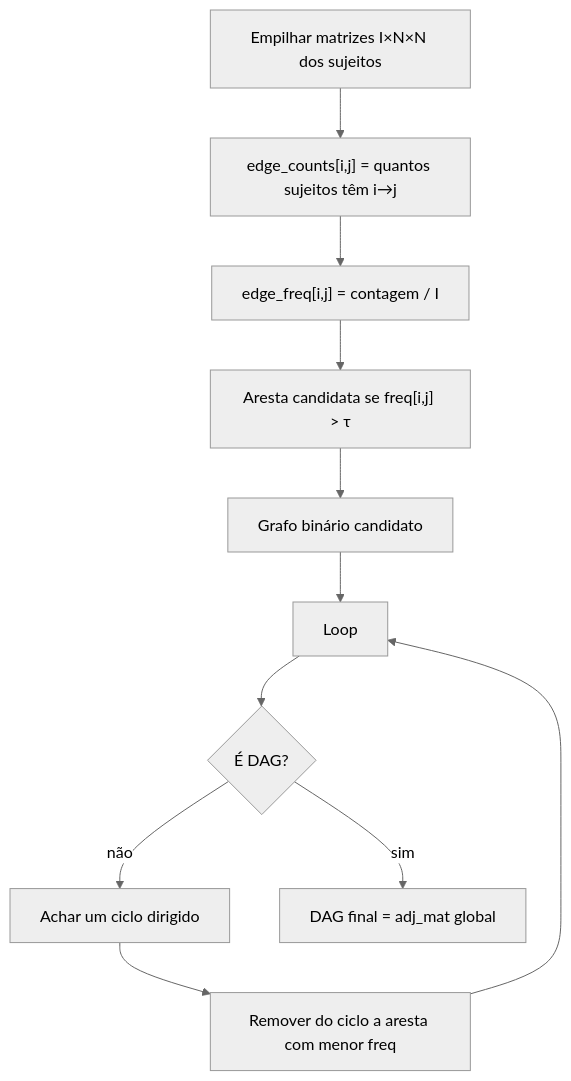
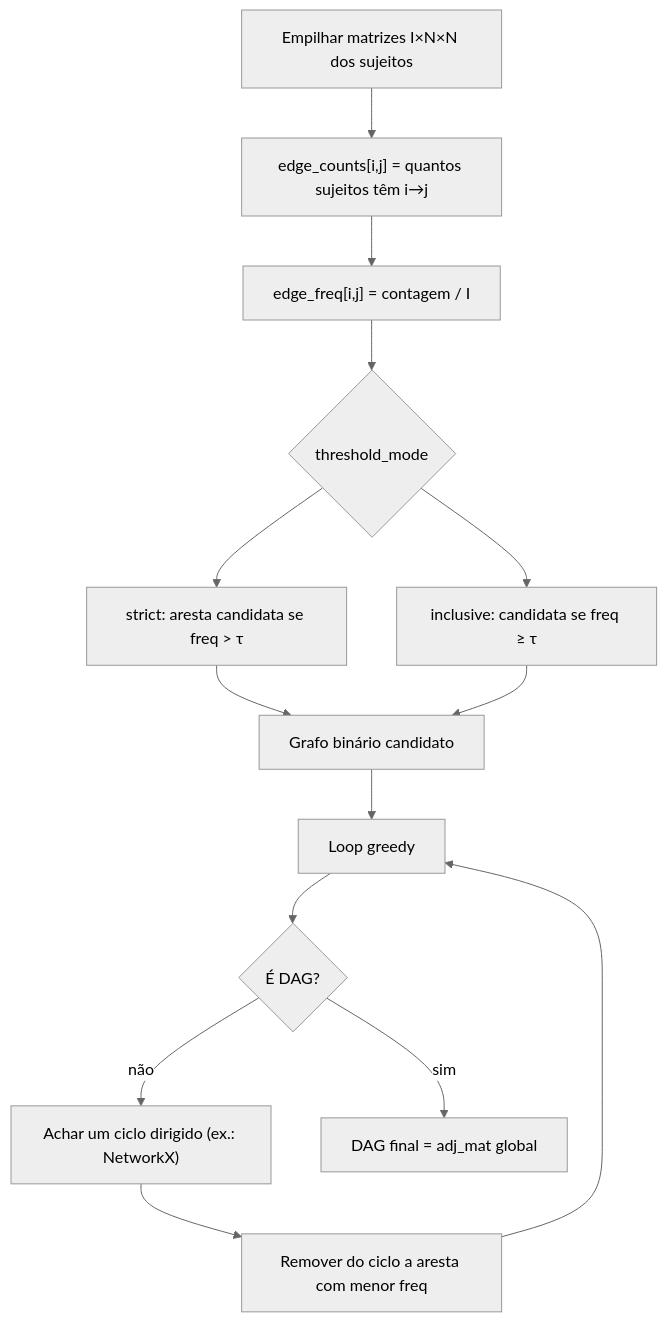
Before and after one commit to maods2/mdmp: the second of 4 diagrams in mdmp/group_analysis/is/aggregation_diagrams.md, drawn with Mermaid (neutral theme). The commit also changed other lines of this file and 22 other files, not shown here.

````diff
--- a/mdmp/group_analysis/is/aggregation_diagrams.md
+++ b/mdmp/group_analysis/is/aggregation_diagrams.md
@@ -52,19 +64,24 @@
 ```mermaid
 flowchart TD
   S["Empilhar matrizes I×N×N dos sujeitos"]
   C["edge_counts[i,j] = quantos sujeitos têm i→j"]
   P["edge_freq[i,j] = contagem / I"]
-  T["Aresta candidata se freq[i,j] > τ"]
+  T{"threshold_mode"}
+  Ts["strict: aresta candidata se freq > τ"]
+  Ti["inclusive: candidata se freq ≥ τ"]
   G["Grafo binário candidato"]
 
-  loop["Loop"]
+  loop["Loop greedy"]
   DAC{"É DAG?"}
-  FC["Achar um ciclo dirigido"]
+  FC["Achar um ciclo dirigido (ex.: NetworkX)"]
   RM["Remover do ciclo a aresta com menor freq"]
   OK["DAG final = adj_mat global"]
 
-  S --> C --> P --> T --> G --> loop
+  S --> C --> P --> T
+  T --> Ts --> G
+  T --> Ti --> G
+  G --> loop
   loop --> DAC
   DAC -->|sim| OK
   DAC -->|não| FC --> RM --> loop
 ```
````
